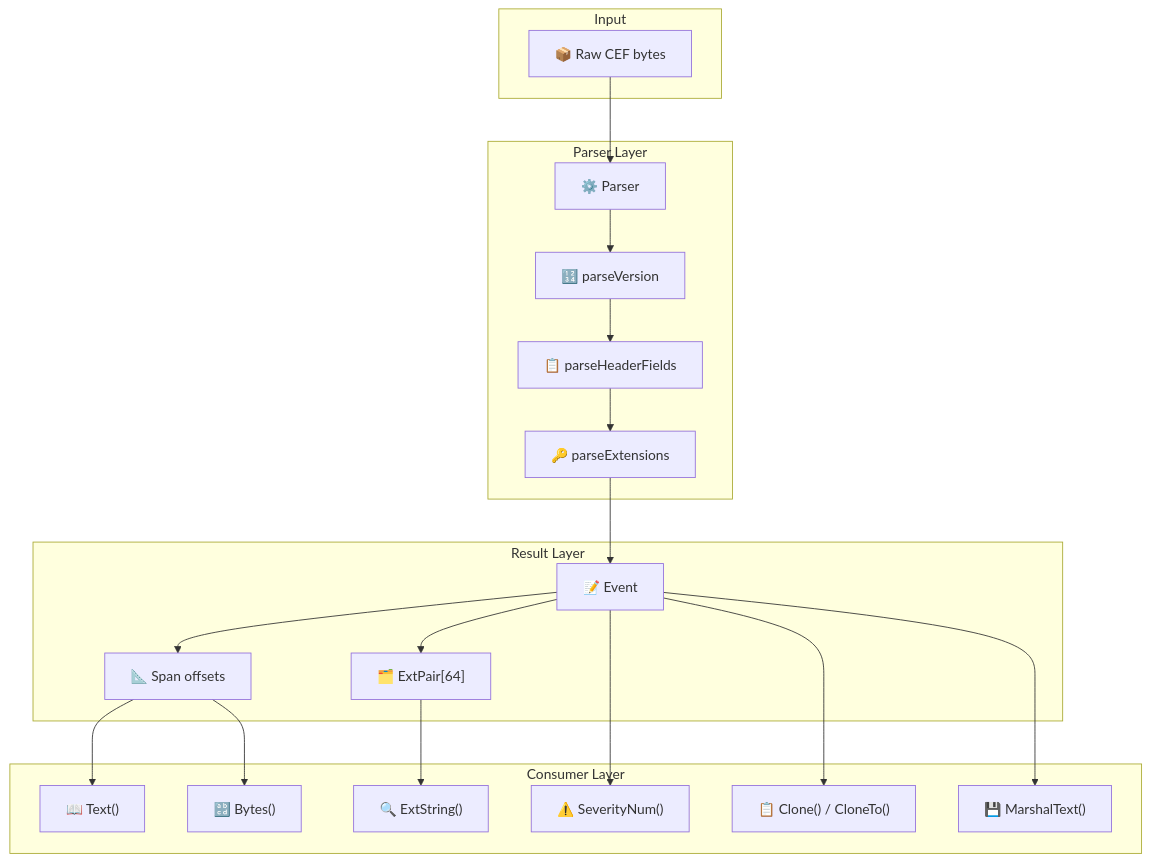
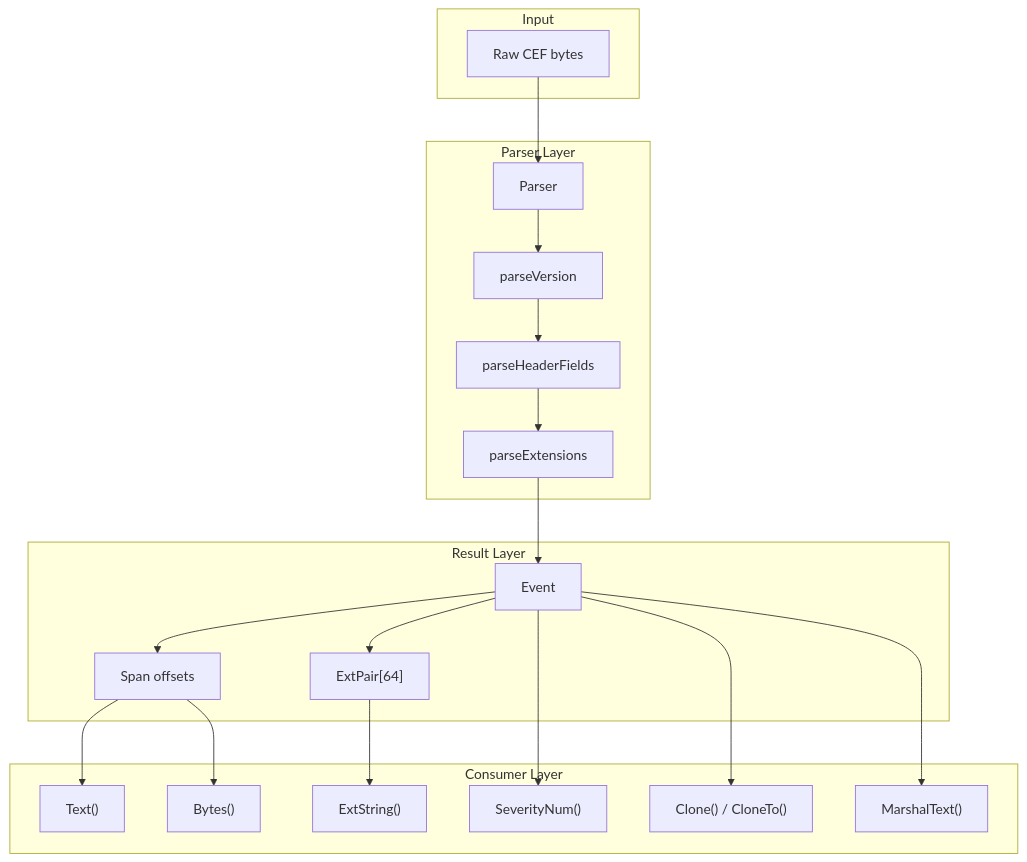
Before and after one commit to ubyte-source/go-cef: the diagram in README.md, drawn with Mermaid. The commit also changed other lines of this file and 9 other files, not shown here.

````diff
--- a/README.md
+++ b/README.md
@@ -13,42 +12,42 @@
 ```mermaid
 graph TB
     subgraph "Input"
-        Raw["📦 Raw CEF bytes"]
+        Raw["Raw CEF bytes"]
     end
 
     subgraph "Parser Layer"
-        Parser["⚙️ Parser"]
-        Version["🔢 parseVersion"]
-        Header["📋 parseHeaderFields"]
-        Ext["🔑 parseExtensions"]
+        Parser["Parser"]
+        Version["parseVersion"]
+        Header["parseHeaderFields"]
+        Ext["parseExtensions"]
     end
 
     subgraph "Result Layer"
-        Event["📝 Event"]
-        Spans["📐 Span offsets"]
-        ExtPairs["🗂️ ExtPair[64]"]
+        Event["Event"]
+        Spans["Span offsets"]
+        ExtPairs["ExtPair[64]"]
     end
 
     subgraph "Consumer Layer"
-        Text["📖 Text()"]
-        Bytes["🔡 Bytes()"]
-        ExtLookup["🔍 ExtString()"]
-        Severity["⚠️ SeverityNum()"]
-        Clone["📋 Clone() / CloneTo()"]
-        Marshal["💾 MarshalText()"]
+        Text["Text()"]
+        Bytes["Bytes()"]
+        ExtLookup["ExtString()"]
+        Severity["SeverityNum()"]
+        Clone["Clone() / CloneTo()"]
+        Marshal["MarshalText()"]
     end
 
     Raw --> Parser
     Parser --> Version
     Version --> Header
     Header --> Ext
     Ext --> Event
     Event --> Spans
     Event --> ExtPairs
     Spans --> Text
     Spans --> Bytes
     ExtPairs --> ExtLookup
     Event --> Severity
     Event --> Clone
     Event --> Marshal
 ```
````
